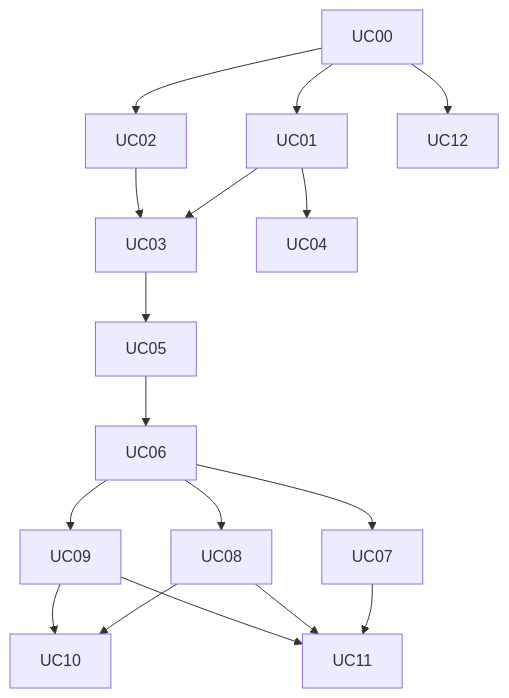
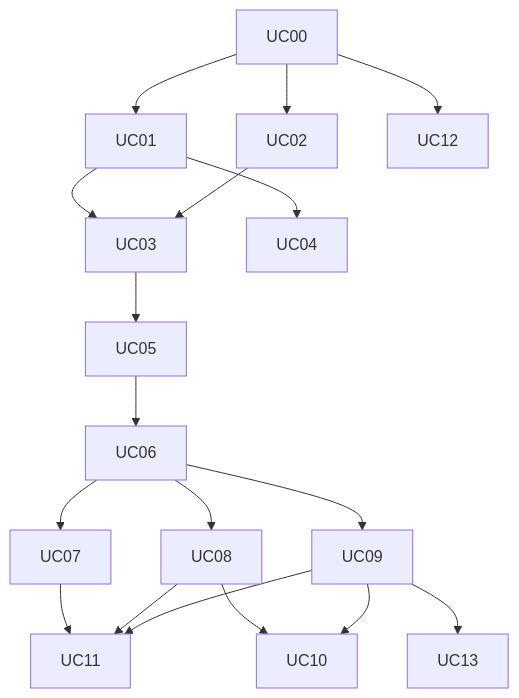
One commit to jsoladur/monthly-expenses changed the diagram in docs/usecases/UC-INDEX.md. Above: the diagram before and after it, drawn with Mermaid. The commit also changed other lines of this file and 4 other files, not shown here.

````diff
--- a/docs/usecases/UC-INDEX.md
+++ b/docs/usecases/UC-INDEX.md
@@ -39,10 +40,11 @@
 ```mermaid
 flowchart TD
     UC00 --> UC01 --> UC03 --> UC05 --> UC06
     UC00 --> UC02 --> UC03
     UC01 --> UC04
     UC06 --> UC07 & UC08 & UC09
     UC08 & UC09 --> UC10
     UC07 & UC08 & UC09 --> UC11
+    UC09 --> UC13
     UC00 --> UC12
 ```
````
